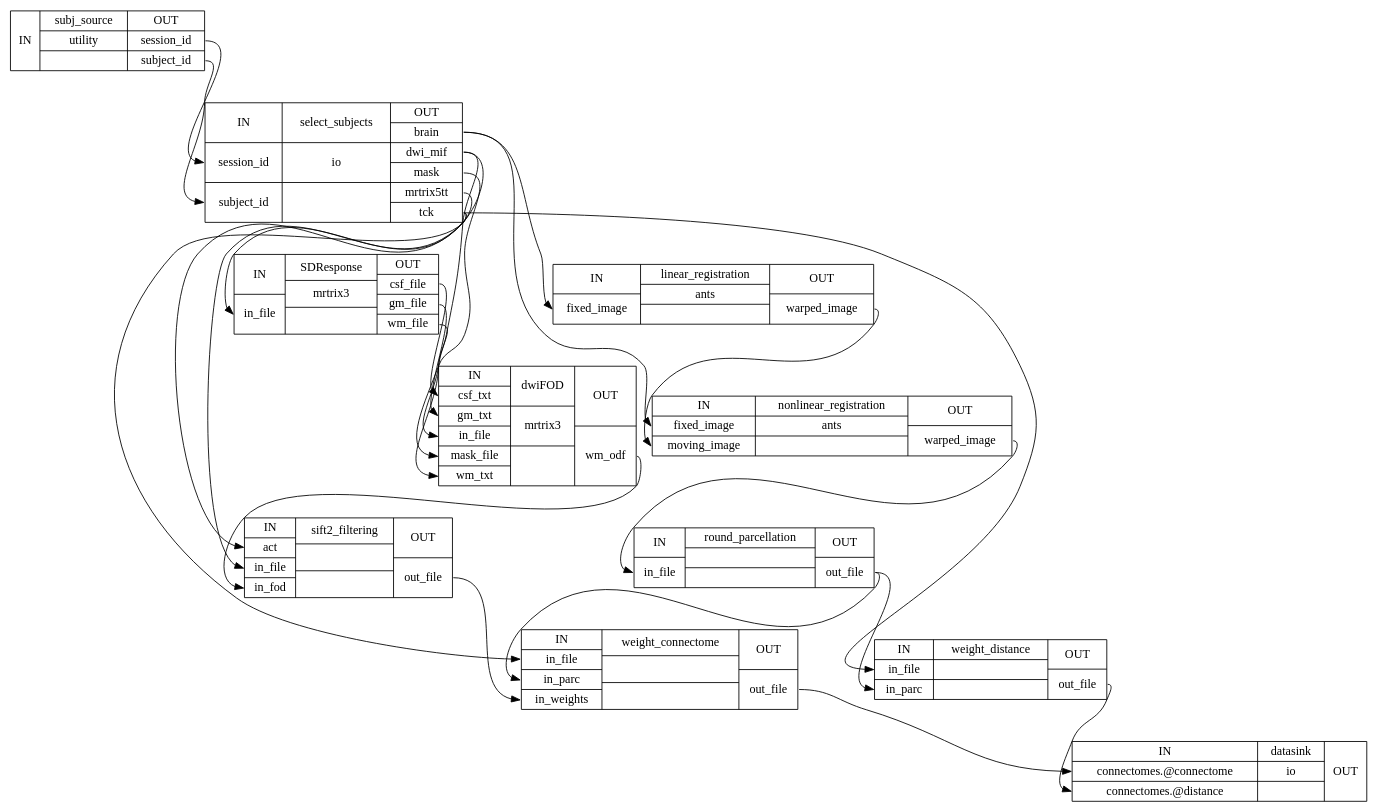
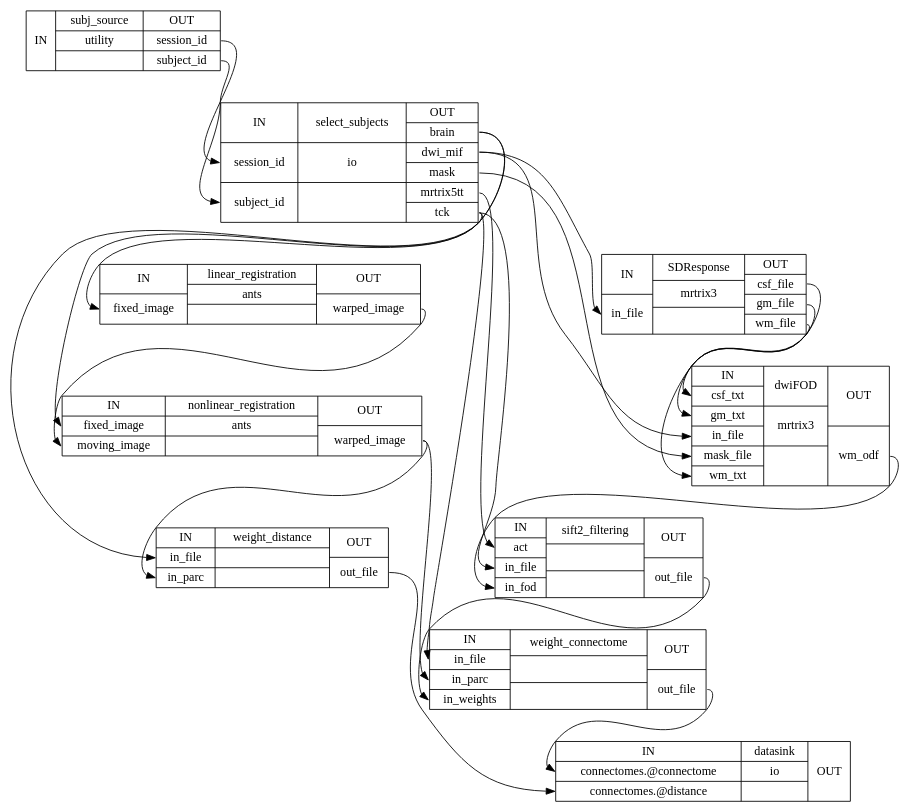
One commit to benjaminsipes/pipetography changed the diagram in testing/BIDS_dir/derivatives/pipetography/graph/postprocessing_detailed.dot. Above: the diagram before and after it, drawn with Graphviz. The commit also changed 7 other files, not shown here.

Commit message:
remove round parcellation, close #32

```diff
--- a/testing/BIDS_dir/derivatives/pipetography/graph/postprocessing_detailed.dot
+++ b/testing/BIDS_dir/derivatives/pipetography/graph/postprocessing_detailed.dot
@@ -1,36 +1,34 @@
 digraph structs {
 node [shape=record];
 connectomessubj_source [label="{IN}|{ subj_source | utility |  }|{OUT|<outsessionid> session_id|<outsubjectid> subject_id}"];
 connectomesselect_subjects [label="{IN|<insessionid> session_id|<insubjectid> subject_id}|{ select_subjects | io |  }|{OUT|<outbrain> brain|<outdwimif> dwi_mif|<outmask> mask|<outmrtrix5tt> mrtrix5tt|<outtck> tck}"];
+connectomeslinear_registration [label="{IN|<infixedimage> fixed_image}|{ linear_registration | ants |  }|{OUT|<outwarpedimage> warped_image}"];
 connectomesSDResponse [label="{IN|<ininfile> in_file}|{ SDResponse | mrtrix3 |  }|{OUT|<outcsffile> csf_file|<outgmfile> gm_file|<outwmfile> wm_file}"];
+connectomesnonlinear_registration [label="{IN|<infixedimage> fixed_image|<inmovingimage> moving_image}|{ nonlinear_registration | ants |  }|{OUT|<outwarpedimage> warped_image}"];
 connectomesdwiFOD [label="{IN|<incsftxt> csf_txt|<ingmtxt> gm_txt|<ininfile> in_file|<inmaskfile> mask_file|<inwmtxt> wm_txt}|{ dwiFOD | mrtrix3 |  }|{OUT|<outwmodf> wm_odf}"];
+connectomesweight_distance [label="{IN|<ininfile> in_file|<ininparc> in_parc}|{ weight_distance |  |  }|{OUT|<outoutfile> out_file}"];
 connectomessift2_filtering [label="{IN|<inact> act|<ininfile> in_file|<ininfod> in_fod}|{ sift2_filtering |  |  }|{OUT|<outoutfile> out_file}"];
-connectomeslinear_registration [label="{IN|<infixedimage> fixed_image}|{ linear_registration | ants |  }|{OUT|<outwarpedimage> warped_image}"];
-connectomesnonlinear_registration [label="{IN|<infixedimage> fixed_image|<inmovingimage> moving_image}|{ nonlinear_registration | ants |  }|{OUT|<outwarpedimage> warped_image}"];
-connectomesround_parcellation [label="{IN|<ininfile> in_file}|{ round_parcellation |  |  }|{OUT|<outoutfile> out_file}"];
-connectomesweight_distance [label="{IN|<ininfile> in_file|<ininparc> in_parc}|{ weight_distance |  |  }|{OUT|<outoutfile> out_file}"];
 connectomesweight_connectome [label="{IN|<ininfile> in_file|<ininparc> in_parc|<ininweights> in_weights}|{ weight_connectome |  |  }|{OUT|<outoutfile> out_file}"];
 connectomesdatasink [label="{IN|<inconnectomesconnectome> connectomes.@connectome|<inconnectomesdistance> connectomes.@distance}|{ datasink | io |  }|{OUT}"];
 connectomesSDResponse:outcsffile:e -> connectomesdwiFOD:incsftxt:w;
 connectomesSDResponse:outgmfile:e -> connectomesdwiFOD:ingmtxt:w;
 connectomesSDResponse:outwmfile:e -> connectomesdwiFOD:inwmtxt:w;
 connectomesdwiFOD:outwmodf:e -> connectomessift2_filtering:ininfod:w;
 connectomeslinear_registration:outwarpedimage:e -> connectomesnonlinear_registration:inmovingimage:w;
-connectomesnonlinear_registration:outwarpedimage:e -> connectomesround_parcellation:ininfile:w;
-connectomesround_parcellation:outoutfile:e -> connectomesweight_connectome:ininparc:w;
-connectomesround_parcellation:outoutfile:e -> connectomesweight_distance:ininparc:w;
+connectomesnonlinear_registration:outwarpedimage:e -> connectomesweight_connectome:ininparc:w;
+connectomesnonlinear_registration:outwarpedimage:e -> connectomesweight_distance:ininparc:w;
 connectomesselect_subjects:outbrain:e -> connectomeslinear_registration:infixedimage:w;
 connectomesselect_subjects:outbrain:e -> connectomesnonlinear_registration:infixedimage:w;
 connectomesselect_subjects:outdwimif:e -> connectomesSDResponse:ininfile:w;
 connectomesselect_subjects:outdwimif:e -> connectomesdwiFOD:ininfile:w;
 connectomesselect_subjects:outmask:e -> connectomesdwiFOD:inmaskfile:w;
 connectomesselect_subjects:outmrtrix5tt:e -> connectomessift2_filtering:inact:w;
 connectomesselect_subjects:outtck:e -> connectomessift2_filtering:ininfile:w;
 connectomesselect_subjects:outtck:e -> connectomesweight_connectome:ininfile:w;
 connectomesselect_subjects:outtck:e -> connectomesweight_distance:ininfile:w;
 connectomessift2_filtering:outoutfile:e -> connectomesweight_connectome:ininweights:w;
 connectomessubj_source:outsessionid:e -> connectomesselect_subjects:insessionid:w;
 connectomessubj_source:outsubjectid:e -> connectomesselect_subjects:insubjectid:w;
 connectomesweight_connectome:outoutfile:e -> connectomesdatasink:inconnectomesconnectome:w;
 connectomesweight_distance:outoutfile:e -> connectomesdatasink:inconnectomesdistance:w;
 }
```
